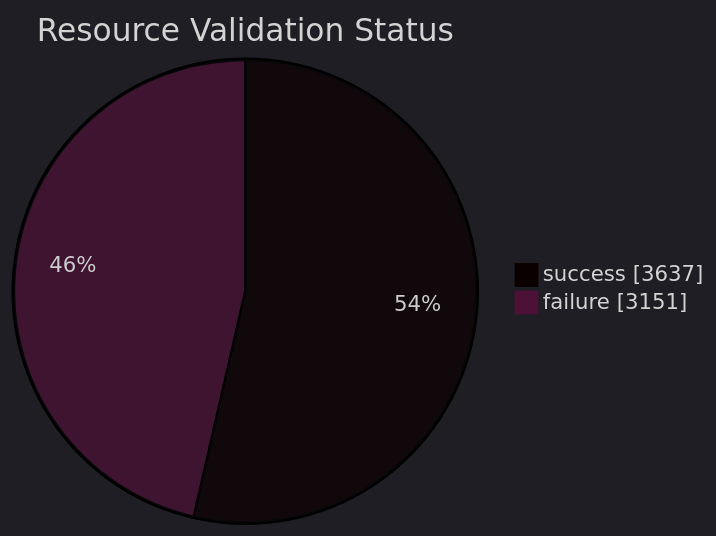
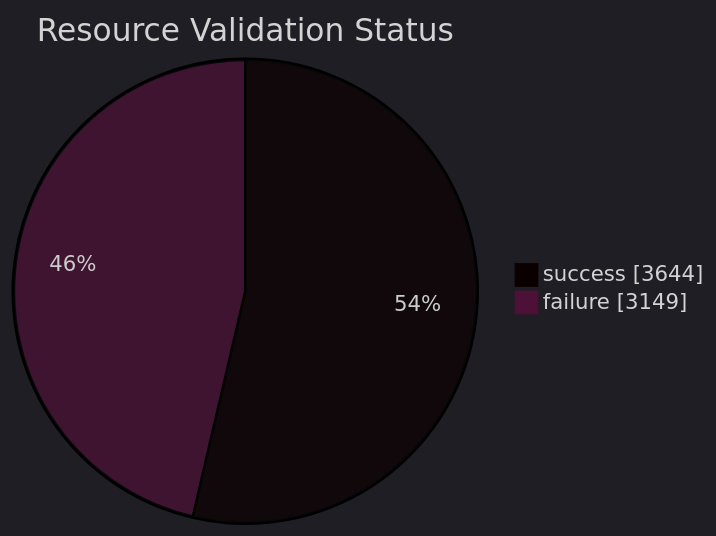
The diagram in datastore_tracker/resource_validation_status_pie_chart.md (open-data/analytics-corporate-reporting), drawn with Mermaid before and after one commit. The commit also changed 9 other files, not shown here.

````diff
--- a/datastore_tracker/resource_validation_status_pie_chart.md
+++ b/datastore_tracker/resource_validation_status_pie_chart.md
@@ -2,9 +2,9 @@
 ```mermaid
 ---
 config:
   theme: dark
 ---
 pie showData title Resource Validation Status
-    "success": 3637
-    "failure": 3151
+    "success": 3644
+    "failure": 3149
 ```
````
